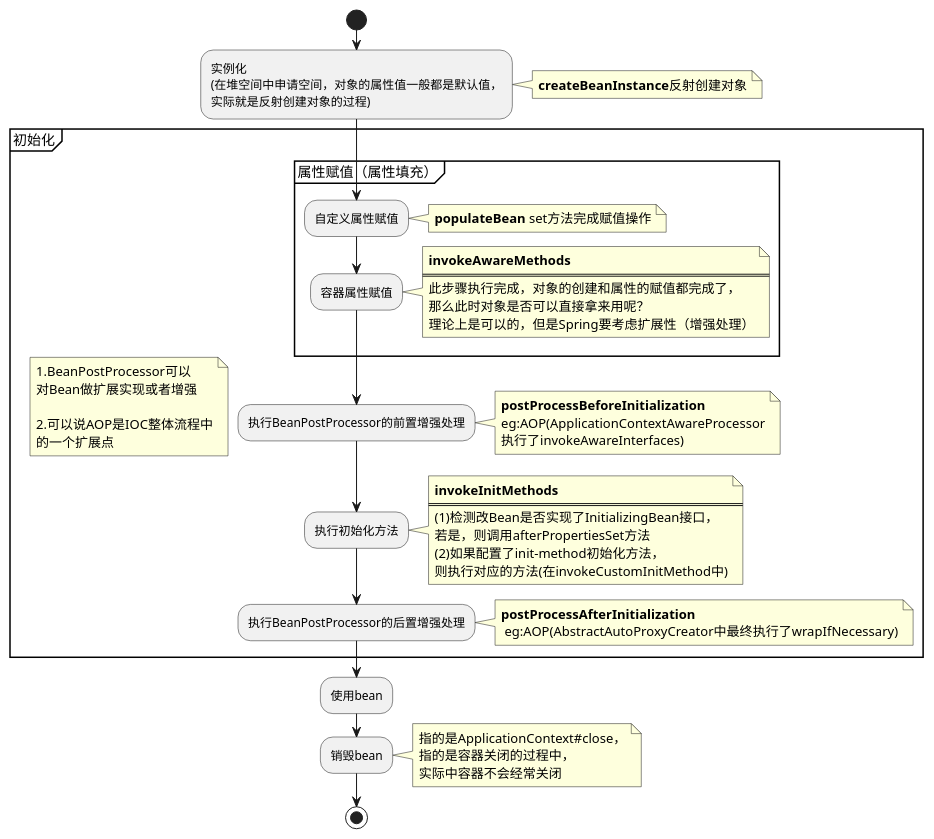
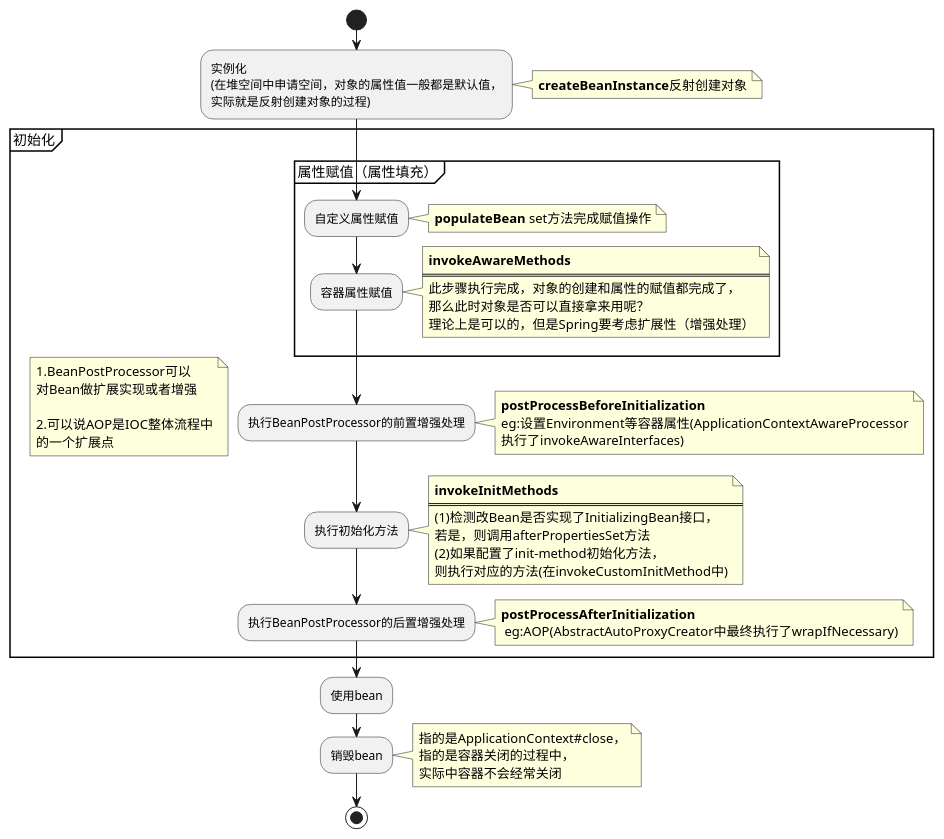
Before and after one commit to zhifenghao123/spring-framework-5.3.x: the diagram in src-code-read-note/spring-note-puml/Spring之Bean生命周期.puml, drawn with PlantUML.

Commit message:
更新前置增强处理备注

```diff
--- a/src-code-read-note/spring-note-puml/Spring之Bean生命周期.puml
+++ b/src-code-read-note/spring-note-puml/Spring之Bean生命周期.puml
@@ -1,69 +1,69 @@
 @startuml
 'https://plantuml.com/activity-diagram-beta
 start
 :实例化
 (在堆空间中申请空间，对象的属性值一般都是默认值，
 实际就是反射创建对象的过程);
 note right
 <b>createBeanInstance</b>反射创建对象
 end note
 group 初始化
 
 floating note left
 1.BeanPostProcessor可以
 对Bean做扩展实现或者增强
 
 2.可以说AOP是IOC整体流程中
 的一个扩展点
 end note
 
 group 属性赋值（属性填充）
 :自定义属性赋值;
 note right
 <b>populateBean</b> set方法完成赋值操作
 end note
 
 :容器属性赋值;
 note right
 <b>invokeAwareMethods</b>
 ====
 此步骤执行完成，对象的创建和属性的赋值都完成了，
 那么此时对象是否可以直接拿来用呢？
 理论上是可以的，但是Spring要考虑扩展性（增强处理）
 end note
 end group
 
 :执行BeanPostProcessor的前置增强处理;
 note right
 <b>postProcessBeforeInitialization</b>
-eg:AOP(ApplicationContextAwareProcessor
+eg:设置Environment等容器属性(ApplicationContextAwareProcessor
 执行了invokeAwareInterfaces)
 end note
 
 :执行初始化方法;
 note right
 <b>invokeInitMethods</b>
 ====
 (1)检测改Bean是否实现了InitializingBean接口，
 若是，则调用afterPropertiesSet方法
 (2)如果配置了init-method初始化方法，
 则执行对应的方法(在invokeCustomInitMethod中)
 end note
 
 
 :执行BeanPostProcessor的后置增强处理;
 note right
 <b>postProcessAfterInitialization</b>
  eg:AOP(AbstractAutoProxyCreator中最终执行了wrapIfNecessary)
 end note
 end group
 :使用bean;
 :销毁bean;
 note right
 指的是ApplicationContext#close，
 指的是容器关闭的过程中，
 实际中容器不会经常关闭
 end note
 stop
 
 @enduml
```
